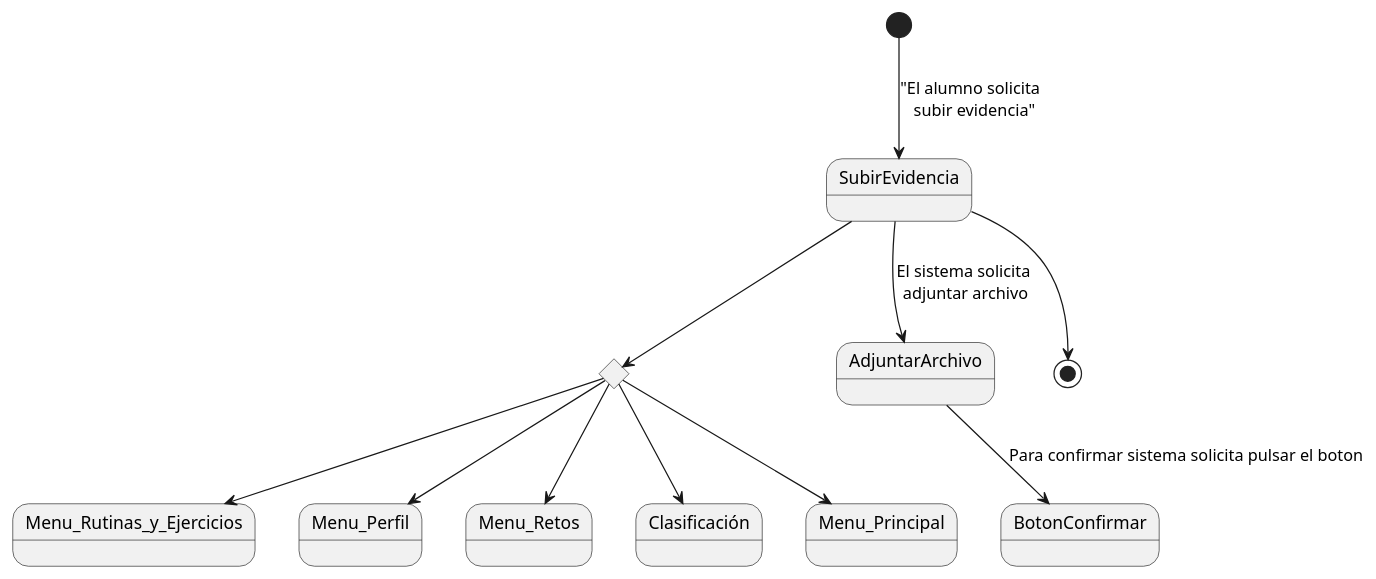
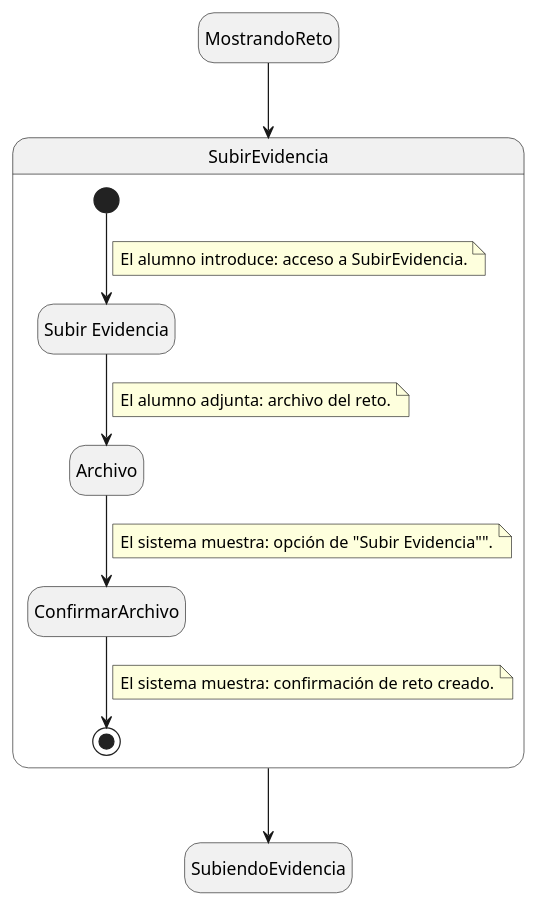
One commit to mmasias/24-25-IdSw1-SDR changed the diagram in Documentos/DetallarCasosDeUso/Alumno/SubirEvidencia.puml. Above: the diagram before and after it, drawn with PlantUML.

```diff
--- a/Documentos/DetallarCasosDeUso/Alumno/SubirEvidencia.puml
+++ b/Documentos/DetallarCasosDeUso/Alumno/SubirEvidencia.puml
@@ -1,24 +1,36 @@
 @startuml
-state Menu_Rutinas_y_Ejercicios
-state rombo2 <<choice>>
 
-state SubirEvidencia
-state AdjuntarArchivo
-state BotonConfirmar
-state Menu_Perfil
-state Menu_Retos
-state Clasificación
-state Menu_Principal
+hide empty description
 
-[*] --> SubirEvidencia : "El alumno solicita \n subir evidencia"
-SubirEvidencia --> AdjuntarArchivo : El sistema solicita \nadjuntar archivo
-AdjuntarArchivo --> BotonConfirmar : Para confirmar sistema solicita pulsar el boton
-SubirEvidencia --> rombo2
-rombo2 --> Menu_Perfil
-rombo2 --> Menu_Retos
-rombo2 --> Clasificación
-rombo2 --> Menu_Principal
-rombo2 --> Menu_Rutinas_y_Ejercicios
+state MostrandoReto
+state SubiendoEvidencia
 
-SubirEvidencia --> [*]
+state SubirEvidencia {
+
+    state IniciarSubirEvidencia as "Subir Evidencia"
+    [*] --> IniciarSubirEvidencia
+    note on link
+        El alumno introduce: acceso a SubirEvidencia.
+    end note
+
+    IniciarSubirEvidencia --> Archivo
+    note on link
+        El alumno adjunta: archivo del reto.
+    end note
+
+
+    Archivo --> ConfirmarArchivo
+    note on link
+        El sistema muestra: opción de "Subir Evidencia"".
+    end note
+
+    ConfirmarArchivo --> [*]
+    note on link
+        El sistema muestra: confirmación de reto creado.
+    end note
+}
+
+MostrandoReto --> SubirEvidencia
+SubirEvidencia --> SubiendoEvidencia
+
 @enduml
```
